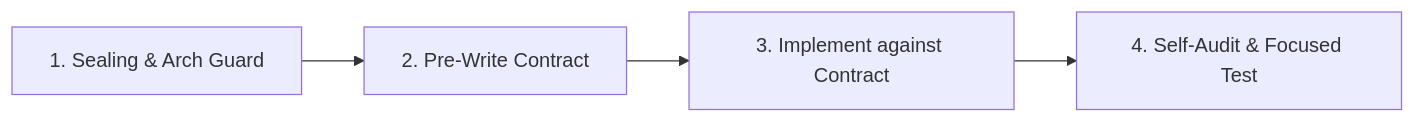
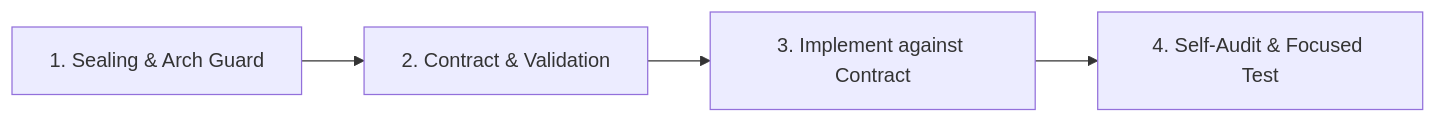
The diagram in .agents/skills/inet-code-authoring/SKILL.md (mgonzalezlopezudc/inet-skills), drawn with Mermaid before and after one commit. The commit also changed other lines of this file and 7 other files, not shown here.

````diff
--- a/.agents/skills/inet-code-authoring/SKILL.md
+++ b/.agents/skills/inet-code-authoring/SKILL.md
@@ -14,6 +14,6 @@
 ```mermaid
 graph LR
-    Step1[1. Sealing & Arch Guard] --> Step2[2. Pre-Write Contract]
+    Step1[1. Sealing & Arch Guard] --> Step2[2. Contract & Validation]
     Step2 --> Step3[3. Implement against Contract]
     Step3 --> Step4[4. Self-Audit & Focused Test]
 ```
````
